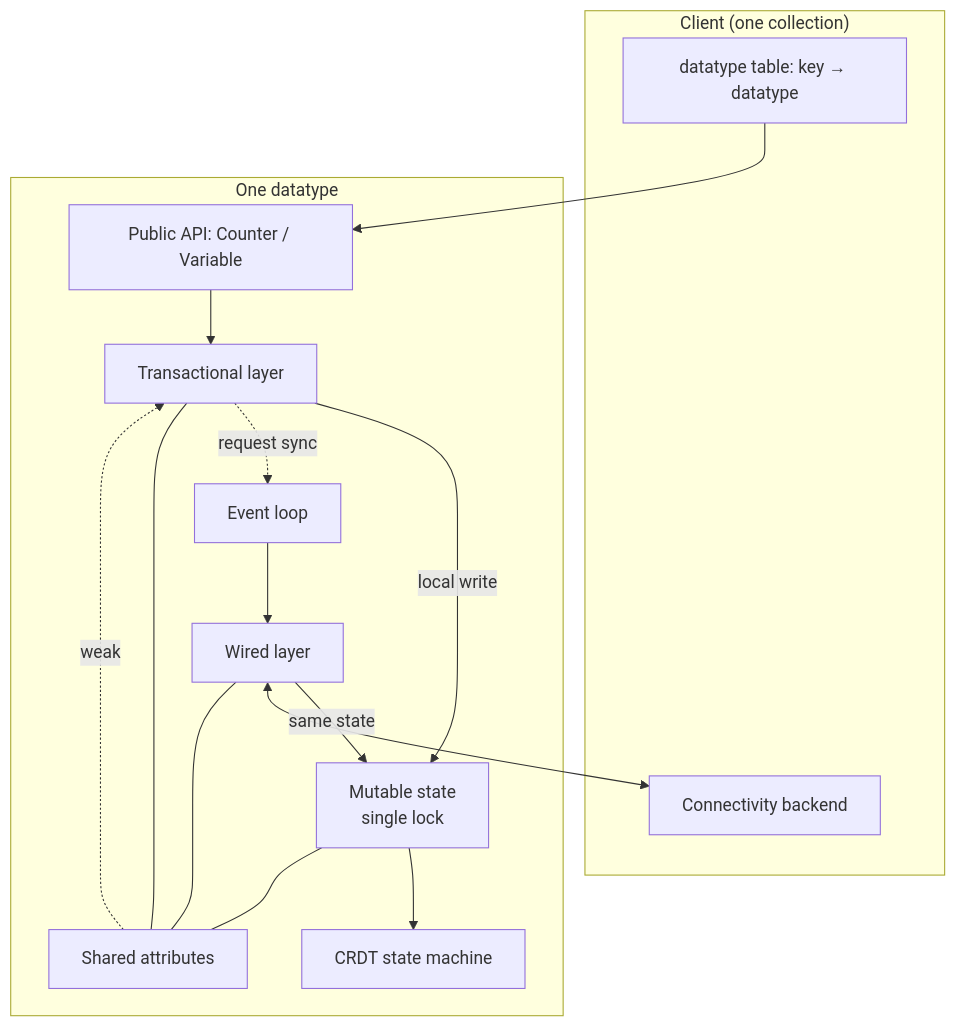
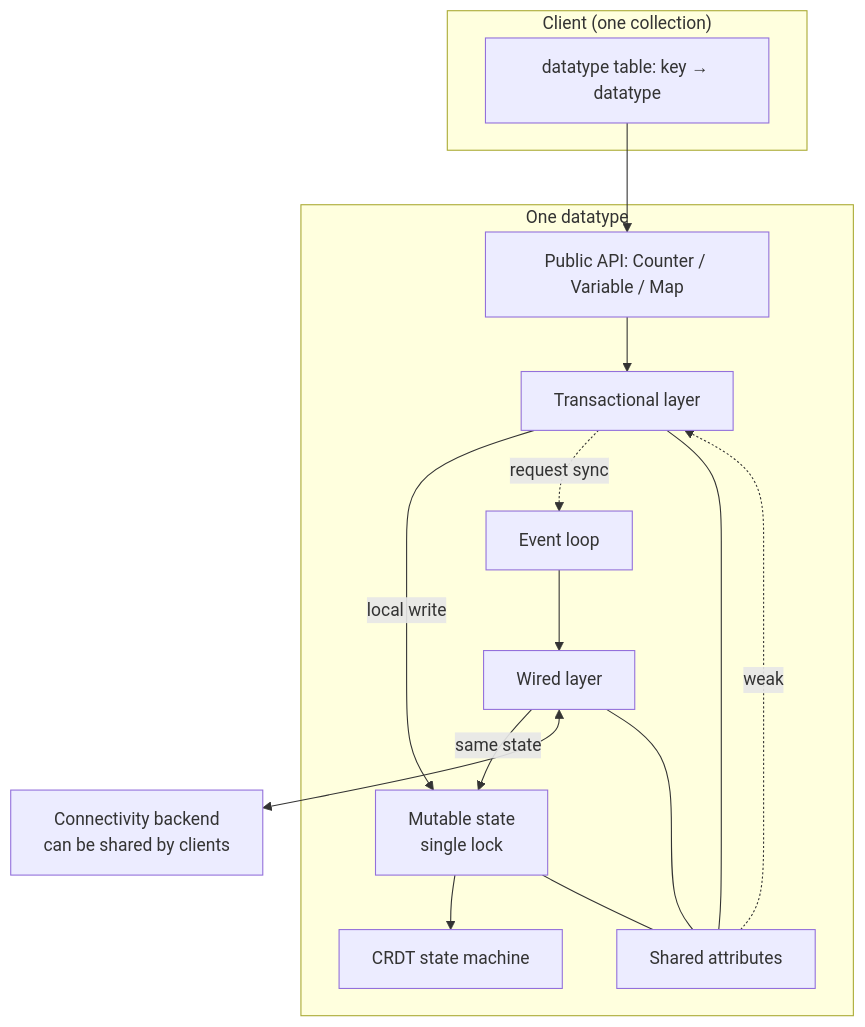
Before and after one commit to qortoo/qortoo-rs: the first of 3 diagrams in docs/architecture.md, drawn with Mermaid. The commit also changed other lines of this file and 82 other files, not shown here.

First line of the commit message:
🧬feat(sdk): expose the Rust Map API and paginate checkpoint-based PushPull (#78)

````diff
--- a/docs/architecture.md
+++ b/docs/architecture.md
@@ -52,30 +80,31 @@
 ```mermaid
 flowchart TD
     subgraph Client["Client (one collection)"]
         DTT["datatype table: key → datatype"]
-        CONN["Connectivity backend"]
     end
 
+    CONN["Connectivity backend<br/>can be shared by clients"]
+
     subgraph Datatype["One datatype"]
-        API["Public API: Counter / Variable"]
+        API["Public API: Counter / Variable / Map"]
         TX["Transactional layer"]
         MUT["Mutable state<br/>single lock"]
         CRDT["CRDT state machine"]
         EL["Event loop"]
         WI["Wired layer"]
         ATTR["Shared attributes"]
     end
 
     DTT --> API
     API --> TX
     TX -->|local write| MUT
     MUT --> CRDT
     TX -.->|request sync| EL
     EL --> WI
     WI -->|same state| MUT
     WI <--> CONN
     TX --- ATTR
     WI --- ATTR
     MUT --- ATTR
     ATTR -.->|weak| TX
 ```
````
